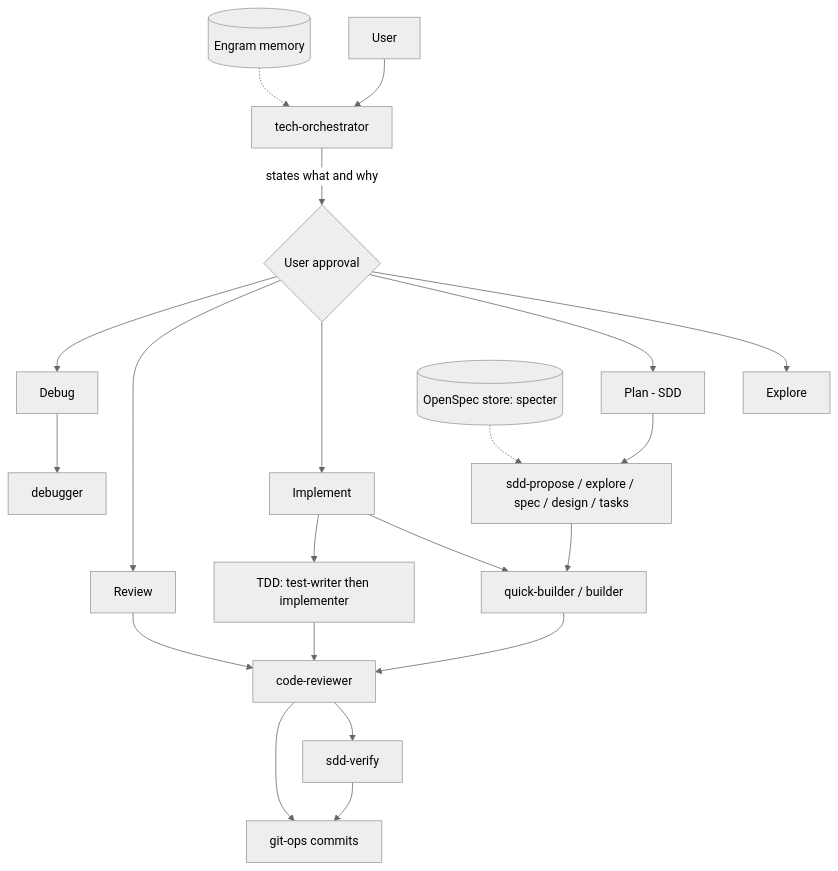
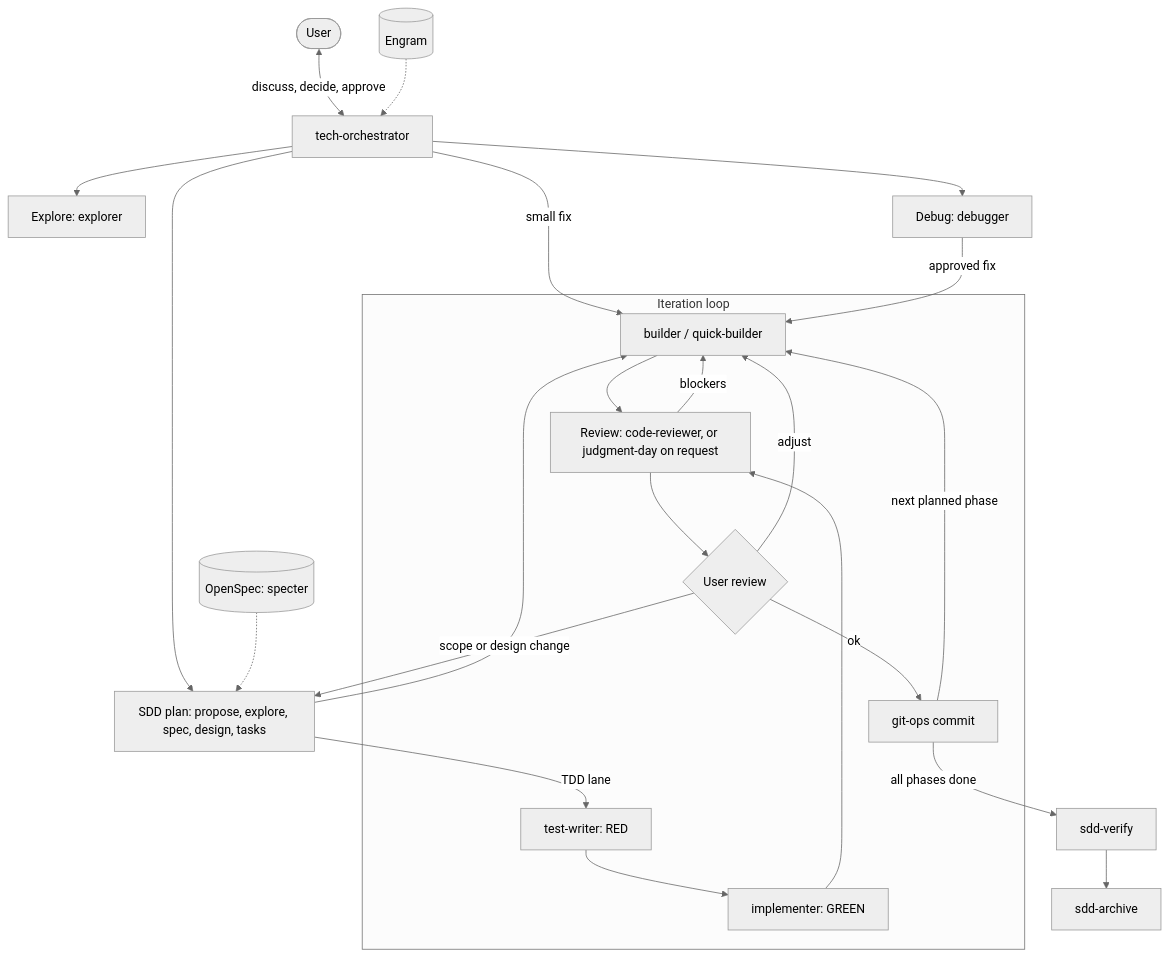
One commit to Andr3xDev/nuytek-harness changed the diagram in README.md. Above: the diagram before and after it, drawn with Mermaid (neutral theme). The commit also changed other lines of this file, not shown here.

Commit message:
docs(readme): show iterative workflow loop in overview

````diff
--- a/README.md
+++ b/README.md
@@ -23,26 +23,30 @@
 ```mermaid
 flowchart TD
-    U[User] --> O[tech-orchestrator]
-    O -->|states what and why| A{User approval}
-    A --> E[Explore]
-    A --> P[Plan - SDD]
-    A --> I[Implement]
-    A --> R[Review]
-    A --> D[Debug]
+    U([User]) <-->|discuss, decide, approve| O[tech-orchestrator]
+    O --> EX["Explore: explorer"]
+    O --> DB["Debug: debugger"]
+    O --> SDD["SDD plan: propose, explore, spec, design, tasks"]
+    O -->|small fix| BLD
+    DB -->|approved fix| BLD
 
-    P --> P1[sdd-propose / explore / spec / design / tasks]
-    I --> Q[quick-builder / builder]
-    I --> T[TDD: test-writer then implementer]
-    R --> CR[code-reviewer]
-    D --> DB[debugger]
+    subgraph LOOP[Iteration loop]
+        BLD[builder / quick-builder]
+        RED["test-writer: RED"] --> GREEN["implementer: GREEN"]
+        BLD --> REV
+        GREEN --> REV
+        REV["Review: code-reviewer, or judgment-day on request"] -->|blockers| BLD
+        REV --> CHK{User review}
+        CHK -->|adjust| BLD
+        CHK -->|ok| GIT[git-ops commit]
+    end
 
-    P1 --> Q
-    Q --> CR
-    T --> CR
-    CR --> V[sdd-verify]
-    V --> G[git-ops commits]
-    CR --> G
+    SDD --> BLD
+    SDD -->|TDD lane| RED
+    CHK -->|scope or design change| SDD
+    GIT -->|next planned phase| BLD
+    GIT -->|all phases done| VER[sdd-verify]
+    VER --> ARC[sdd-archive]
 
-    M[(Engram memory)] -.-> O
-    S[(OpenSpec store: specter)] -.-> P1
+    MEM[(Engram)] -.-> O
+    SPEC[("OpenSpec: specter")] -.-> SDD
 ```
````
